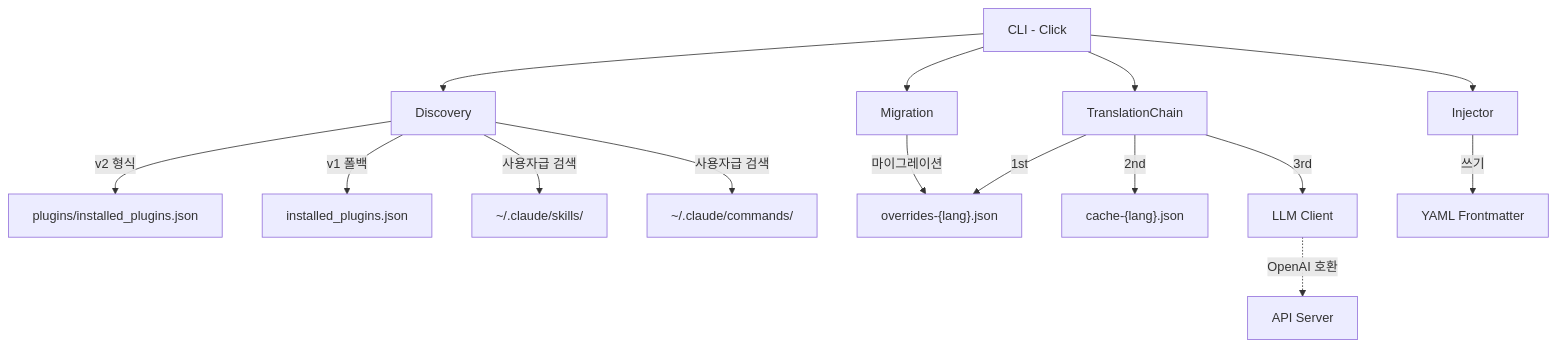
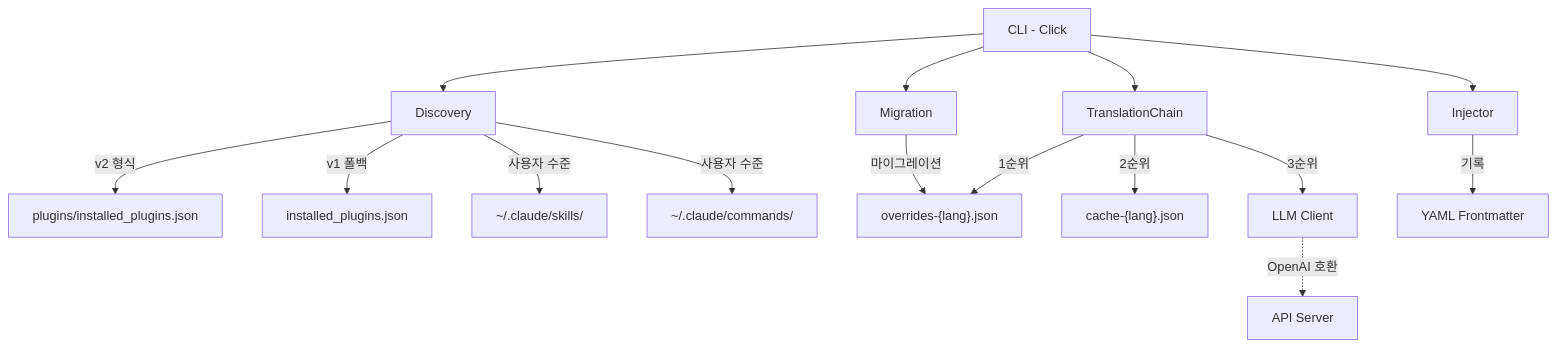
The second of 2 diagrams in README.ko.md (debug-zhuweijian/claude-translator), drawn with Mermaid before and after one commit. The commit also changed other lines of this file and 3 other files, not shown here.

````diff
--- a/README.ko.md
+++ b/README.ko.md
@@ -232,21 +384,21 @@
 ```mermaid
 graph TB
-    CLI[CLI - Click] --> DISC[Discovery]
-    CLI --> TRANS[TranslationChain]
-    CLI --> INJ[Injector]
-    CLI --> MIGR[Migration]
+    CLI["CLI - Click"] --> DISC["Discovery"]
+    CLI --> TRANS["TranslationChain"]
+    CLI --> INJ["Injector"]
+    CLI --> MIGR["Migration"]
 
     DISC --> |v2 형식| V2["plugins/installed_plugins.json"]
     DISC --> |v1 폴백| V1["installed_plugins.json"]
-    DISC --> |사용자급 검색| USER["~/.claude/skills/"]
-    DISC --> |사용자급 검색| USERC["~/.claude/commands/"]
+    DISC --> |사용자 수준| USER["~/.claude/skills/"]
+    DISC --> |사용자 수준| USERC["~/.claude/commands/"]
 
-    TRANS --> |1st| OV["overrides-{lang}.json"]
-    TRANS --> |2nd| CACHE["cache-{lang}.json"]
-    TRANS --> |3rd| LLM[LLM Client]
+    TRANS --> |1순위| OV["overrides-{lang}.json"]
+    TRANS --> |2순위| CACHE["cache-{lang}.json"]
+    TRANS --> |3순위| LLM["LLM Client"]
 
-    INJ --> |쓰기| FM[YAML Frontmatter]
+    INJ --> |기록| FM["YAML Frontmatter"]
     MIGR --> |마이그레이션| OV
 
-    LLM -.-> |OpenAI 호환| API[API Server]
+    LLM -.-> |OpenAI 호환| API["API Server"]
 ```
````
